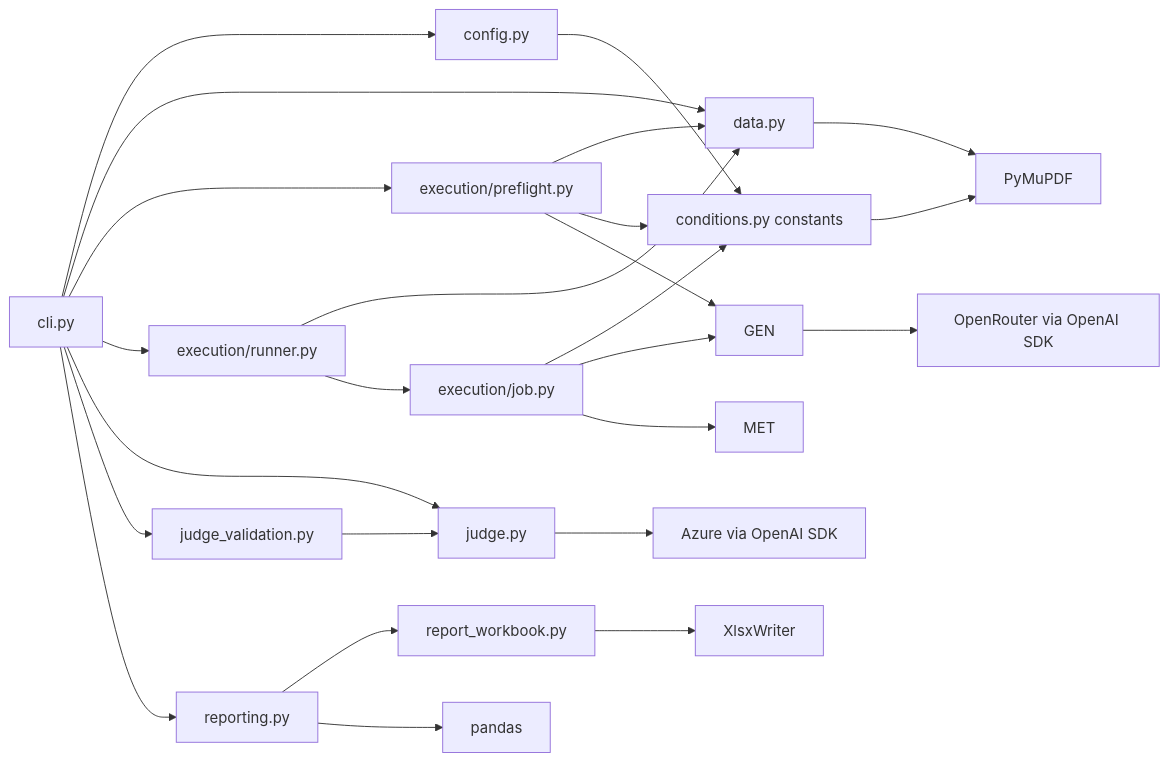
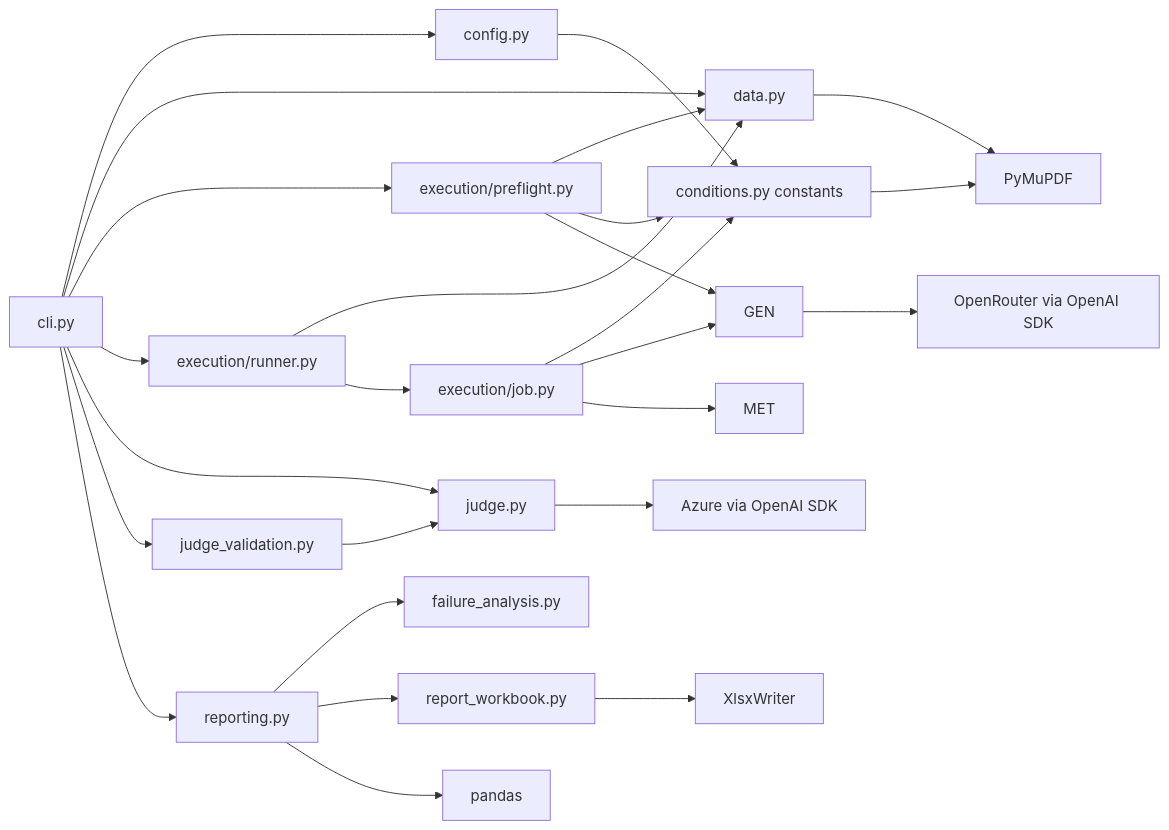
One commit to 14zhasim/Agentic_RAG changed the second of 11 diagrams in docs sys design/benchmark/FinanceBench Implementation Guide.md. Above: the diagram before and after it, drawn with Mermaid. The commit also changed other lines of this file and 6 other files, not shown here.

Commit message:
feat: report benchmark failure analysis

````diff
--- a/docs sys design/benchmark/FinanceBench Implementation Guide.md
+++ b/docs sys design/benchmark/FinanceBench Implementation Guide.md
@@ -181,27 +183,28 @@
 ```mermaid
 flowchart LR
     CLI[cli.py] --> CONFIG[config.py]
     CLI[cli.py] --> DATA[data.py]
     CLI --> PREFLIGHT[execution/preflight.py]
     CLI --> RUN[execution/runner.py]
     CLI --> JUDGE[judge.py]
     CLI --> JV[judge_validation.py]
     CLI --> REPORT[reporting.py]
+    REPORT --> FAILURE[failure_analysis.py]
     REPORT --> BOOK[report_workbook.py]
     CONFIG --> COND[conditions.py constants]
     PREFLIGHT --> DATA
     PREFLIGHT --> COND
     PREFLIGHT --> GEN
     RUN --> DATA
     RUN --> JOB[execution/job.py]
     JOB --> COND
     JOB --> GEN
     JOB --> MET
     COND --> PDF[PyMuPDF]
     DATA --> PDF
     GEN --> OR[OpenRouter via OpenAI SDK]
     JV --> JUDGE
     JUDGE --> AZ[Azure via OpenAI SDK]
     REPORT --> PD[pandas]
     BOOK --> XLSX[XlsxWriter]
 ```
````
